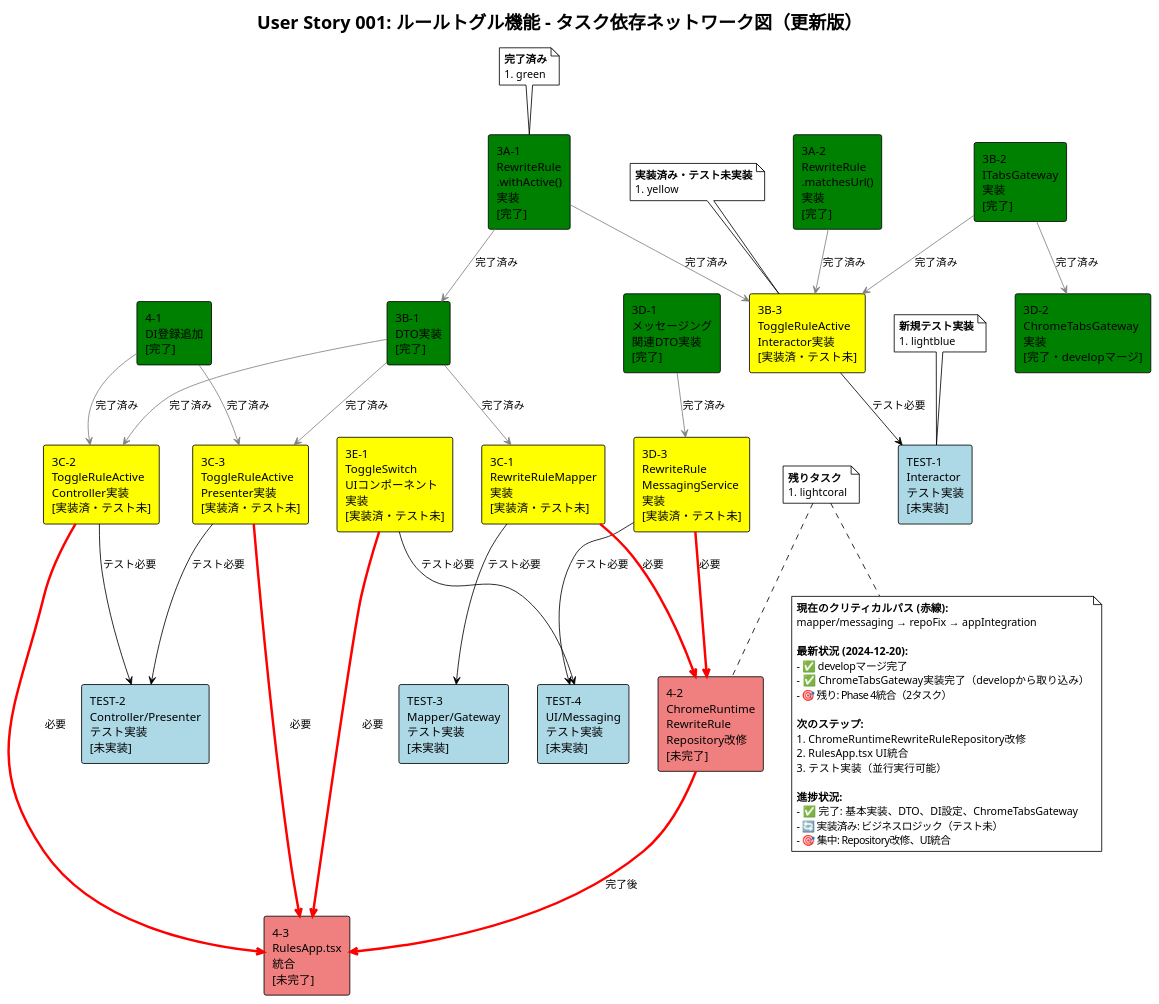
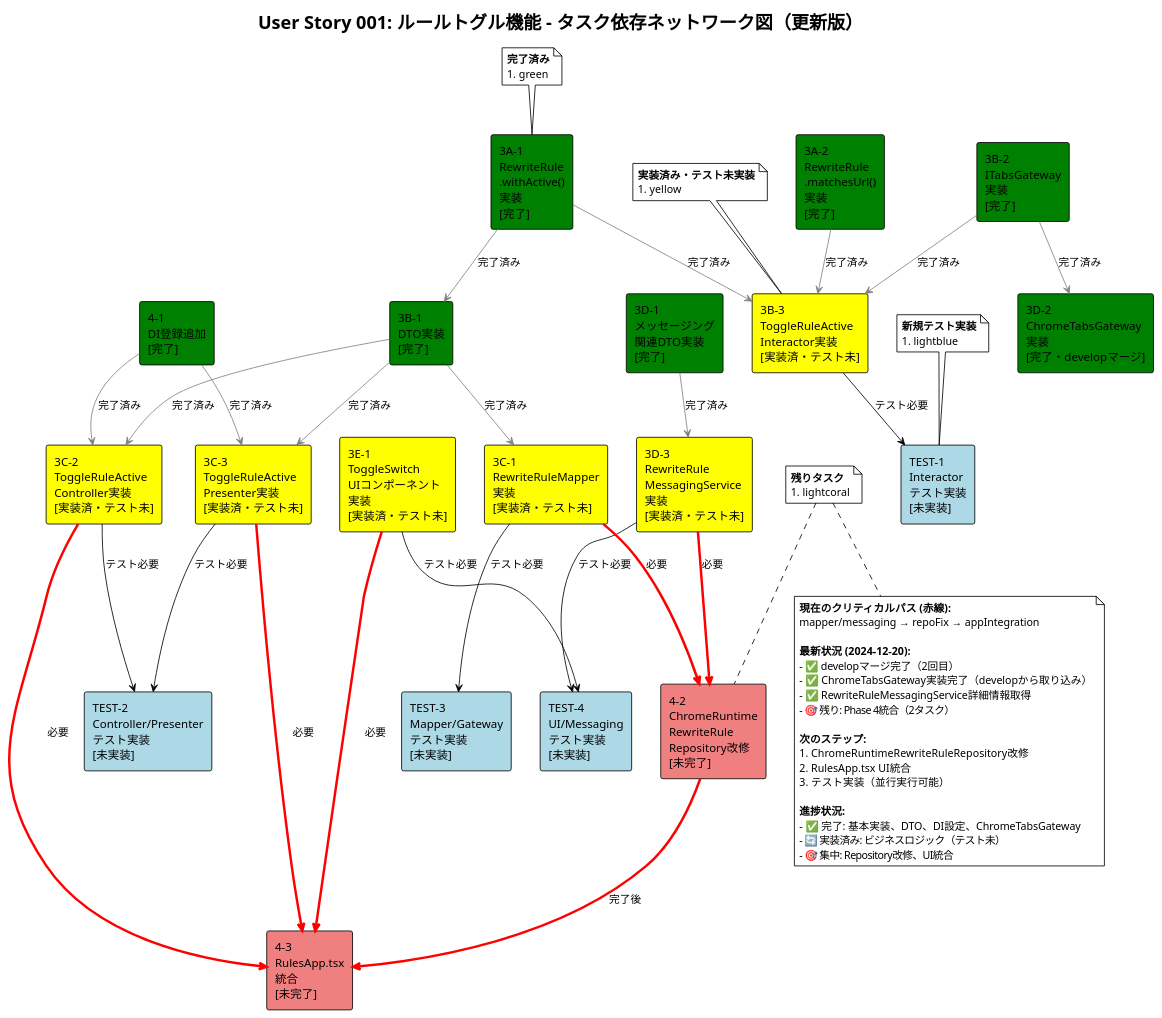
One commit to akAredminEogre/frog-frame-front changed the diagram in docs/user-stories/user-story-001/04-network-diagram.puml. Above: the diagram before and after it, drawn with PlantUML. The commit also changed 1 other file, not shown here.

```diff
--- a/docs/user-stories/user-story-001/04-network-diagram.puml
+++ b/docs/user-stories/user-story-001/04-network-diagram.puml
@@ -1,105 +1,106 @@
 @startuml
 !theme plain
 title User Story 001: ルールトグル機能 - タスク依存ネットワーク図（更新版）
 
 ' ノード定義（タスク）
 rectangle "3A-1\nRewriteRule\n.withActive()\n実装\n[完了]" as withActive #green
 rectangle "3A-2\nRewriteRule\n.matchesUrl()\n実装\n[完了]" as matchesUrl #green
 
 rectangle "3B-1\nDTO実装\n[完了]" as dto #green
 rectangle "3B-2\nITabsGateway\n実装\n[完了]" as tabsGateway #green
 rectangle "3B-3\nToggleRuleActive\nInteractor実装\n[実装済・テスト未]" as interactor #yellow
 
 rectangle "3C-1\nRewriteRuleMapper\n実装\n[実装済・テスト未]" as mapper #yellow
 rectangle "3C-2\nToggleRuleActive\nController実装\n[実装済・テスト未]" as controller #yellow
 rectangle "3C-3\nToggleRuleActive\nPresenter実装\n[実装済・テスト未]" as presenter #yellow
 
 rectangle "3D-1\nメッセージング\n関連DTO実装\n[完了]" as msgDto #green
 rectangle "3D-2\nChromeTabsGateway\n実装\n[完了・developマージ]" as chromeTabs #green
 rectangle "3D-3\nRewriteRule\nMessagingService\n実装\n[実装済・テスト未]" as messaging #yellow
 
 rectangle "3E-1\nToggleSwitch\nUIコンポーネント\n実装\n[実装済・テスト未]" as toggleUI #yellow
 
 rectangle "4-1\nDI登録追加\n[完了]" as di #green
 rectangle "4-2\nChromeRuntime\nRewriteRule\nRepository改修\n[未完了]" as repoFix #lightcoral
 rectangle "4-3\nRulesApp.tsx\n統合\n[未完了]" as appIntegration #lightcoral
 
 ' 新規追加: テストタスク
 rectangle "TEST-1\nInteractor\nテスト実装\n[未実装]" as testInteractor #lightblue
 rectangle "TEST-2\nController/Presenter\nテスト実装\n[未実装]" as testControllerPresenter #lightblue
 rectangle "TEST-3\nMapper/Gateway\nテスト実装\n[未実装]" as testMapperGateway #lightblue
 rectangle "TEST-4\nUI/Messaging\nテスト実装\n[未実装]" as testUIMessaging #lightblue
 
 ' 依存関係（矢印）
 ' 実装完了済みの依存関係（グレー）
 withActive -[#gray]-> dto : 完了済み
 withActive -[#gray]-> interactor : 完了済み
 matchesUrl -[#gray]-> interactor : 完了済み
 dto -[#gray]-> mapper : 完了済み
 dto -[#gray]-> controller : 完了済み
 dto -[#gray]-> presenter : 完了済み
 tabsGateway -[#gray]-> interactor : 完了済み
 tabsGateway -[#gray]-> chromeTabs : 完了済み
 msgDto -[#gray]-> messaging : 完了済み
 di -[#gray]-> controller : 完了済み
 di -[#gray]-> presenter : 完了済み
 
 ' 新規追加: テスト依存関係
 interactor --> testInteractor : テスト必要
 controller --> testControllerPresenter : テスト必要
 presenter --> testControllerPresenter : テスト必要
 mapper --> testMapperGateway : テスト必要
 toggleUI --> testUIMessaging : テスト必要
 messaging --> testUIMessaging : テスト必要
 
 ' 残りの主要依存関係（統合タスク）
 mapper -[#red,thickness=3]-> repoFix : 必要
 messaging -[#red,thickness=3]-> repoFix : 必要
 controller -[#red,thickness=3]-> appIntegration : 必要
 presenter -[#red,thickness=3]-> appIntegration : 必要
 toggleUI -[#red,thickness=3]-> appIntegration : 必要
 repoFix -[#red,thickness=3]-> appIntegration : 完了後
 
 ' 色分け凡例
 note top of withActive
 **完了済み**
 #green
 end note
 
 note top of interactor
 **実装済み・テスト未実装**
 #yellow
 end note
 
 note top of testInteractor
 **新規テスト実装**
 #lightblue
 end note
 
 note top of repoFix
 **残りタスク**
 #lightcoral
 end note
 
 ' 現在のクリティカルパス
 note bottom
 **現在のクリティカルパス (赤線):**
 mapper/messaging → repoFix → appIntegration
 
 **最新状況 (2024-12-20):**
-- ✅ developマージ完了
+- ✅ developマージ完了（2回目）
 - ✅ ChromeTabsGateway実装完了（developから取り込み）
+- ✅ RewriteRuleMessagingService詳細情報取得
 - 🎯 残り: Phase 4統合（2タスク）
 
 **次のステップ:**
 1. ChromeRuntimeRewriteRuleRepository改修
 2. RulesApp.tsx UI統合
 3. テスト実装（並行実行可能）
 
 **進捗状況:**
 - ✅ 完了: 基本実装、DTO、DI設定、ChromeTabsGateway
 - 🔄 実装済み: ビジネスロジック（テスト未）
 - 🎯 集中: Repository改修、UI統合
 end note
 
 @enduml
```
